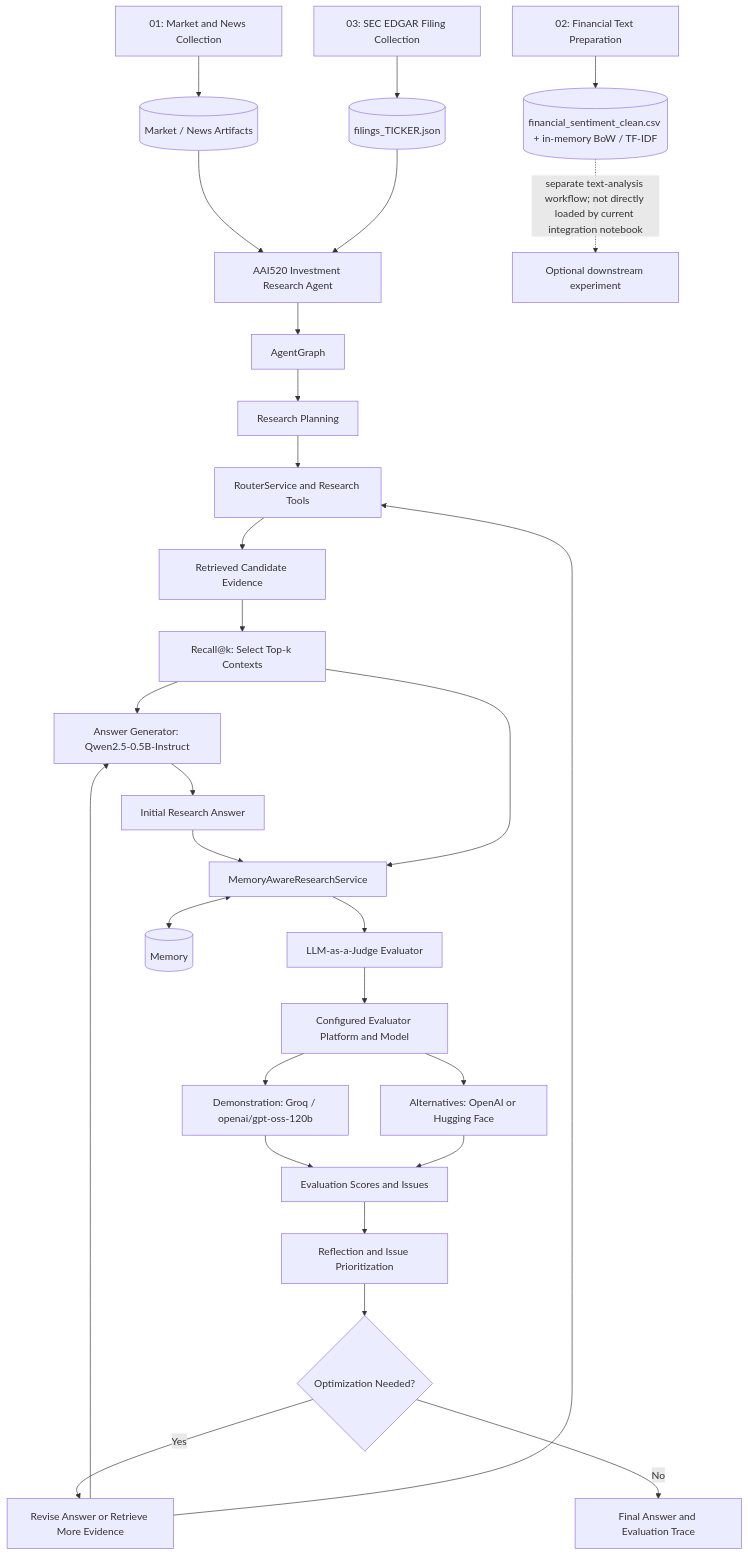
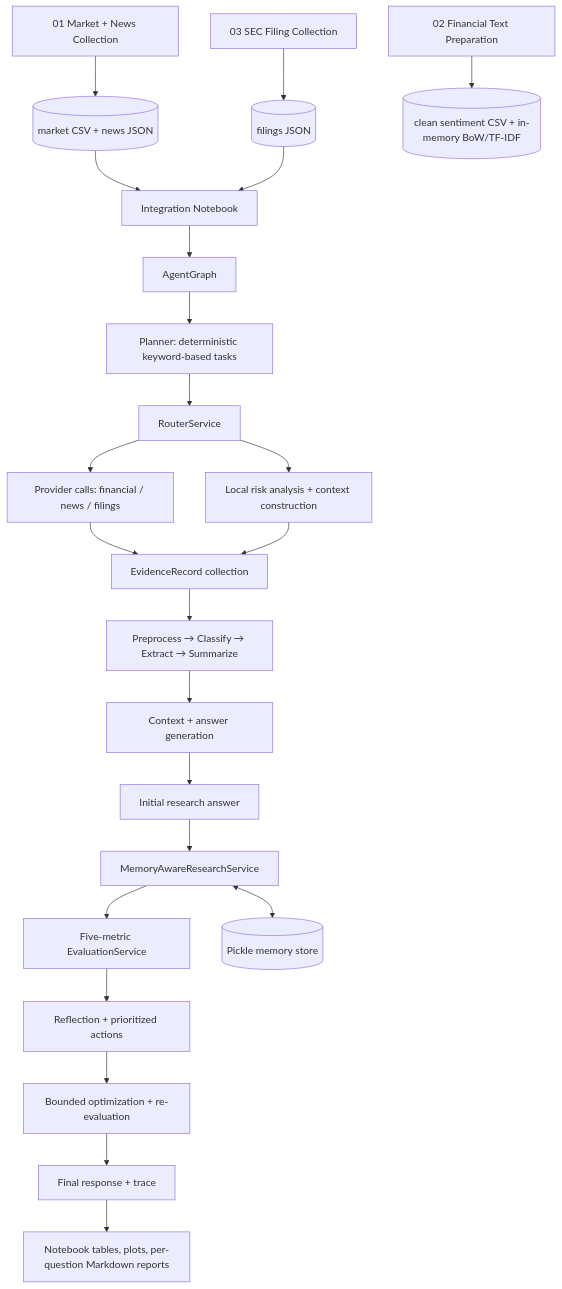
One commit to saravana-selvaraj-tech/AAI-520-Project changed the diagram in architecture.md. Above: the diagram before and after it, drawn with Mermaid. The commit also changed other lines of this file and 1 other file, not shown here.

Commit message:
Final updated README and architecture md files

````diff
--- a/architecture.md
+++ b/architecture.md
@@ -11,35 +15,25 @@
-```mermaid
+``` mermaid
 flowchart TD
-    A["01: Market and News Collection"] --> D[("Market / News Artifacts")]
-    B["02: Financial Text Preparation"] --> E[("financial_sentiment_clean.csv + in-memory BoW / TF-IDF")]
-    C0["03: SEC EDGAR Filing Collection"] --> F0[("filings_TICKER.json")]
-
-    D --> C["AAI520 Investment Research Agent"]
-    F0 --> C
-    E -. "separate text-analysis workflow; not directly loaded by current integration notebook" .-> X["Optional downstream experiment"]
-    C --> F["AgentGraph"]
-    F --> G["Research Planning"]
-    G --> H["RouterService and Research Tools"]
-    H --> I["Retrieved Candidate Evidence"]
-    I --> R["Recall@k: Select Top-k Contexts"]
-    R --> J["Answer Generator: Qwen2.5-0.5B-Instruct"]
-    J --> K["Initial Research Answer"]
-
-    K --> L["MemoryAwareResearchService"]
-    R --> L
-    L --> M["LLM-as-a-Judge Evaluator"]
-    M --> N["Configured Evaluator Platform and Model"]
-    N --> N1["Demonstration: Groq / openai/gpt-oss-120b"]
-    N --> N2["Alternatives: OpenAI or Hugging Face"]
-    N1 --> O["Evaluation Scores and Issues"]
-    N2 --> O
-    O --> P["Reflection and Issue Prioritization"]
-    P --> Q{"Optimization Needed?"}
-
-    Q -->|Yes| S["Revise Answer or Retrieve More Evidence"]
-    S --> J
-    S --> H
-    Q -->|No| T["Final Answer and Evaluation Trace"]
-
-    L <--> U[("Memory")]
+    A["01 Market + News Collection"] --> M[("market CSV + news JSON")]
+    B["03 SEC Filing Collection"] --> F[("filings JSON")]
+    C["02 Financial Text Preparation"] --> X[("clean sentiment CSV + in-memory BoW/TF-IDF")]
+    M --> D["Integration Notebook"]
+    F --> D
+    D --> G["AgentGraph"]
+    G --> P["Planner: deterministic keyword-based tasks"]
+    P --> R["RouterService"]
+    R --> T["Provider calls: financial / news / filings"]
+    R --> Q["Local risk analysis + context construction"]
+    T --> E["EvidenceRecord collection"]
+    Q --> E
+    E --> H["Preprocess → Classify → Extract → Summarize"]
+    H --> I["Context + answer generation"]
+    I --> J["Initial research answer"]
+    J --> K["MemoryAwareResearchService"]
+    K --> L["Five-metric EvaluationService"]
+    L --> N["Reflection + prioritized actions"]
+    N --> O["Bounded optimization + re-evaluation"]
+    O --> Z["Final response + trace"]
+    K <--> W[("Pickle memory store")]
+    Z --> Y["Notebook tables, plots, per-question Markdown reports"]
 ```
````
